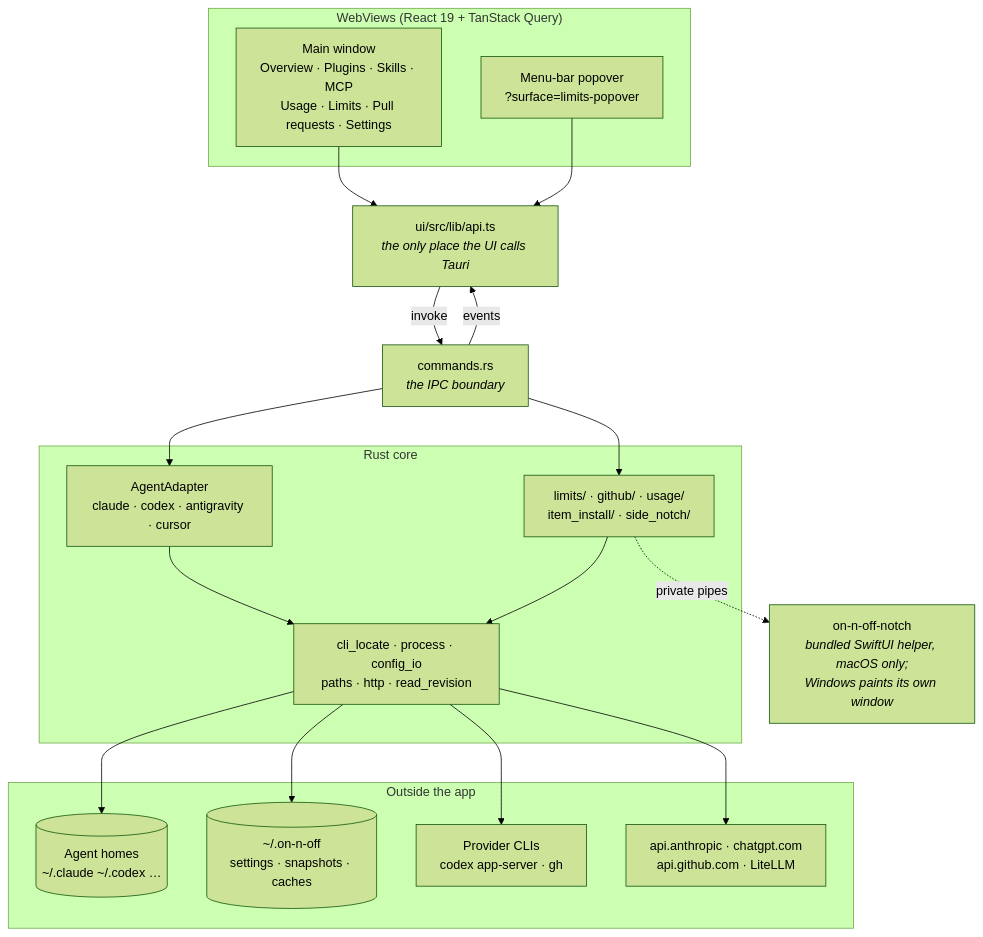
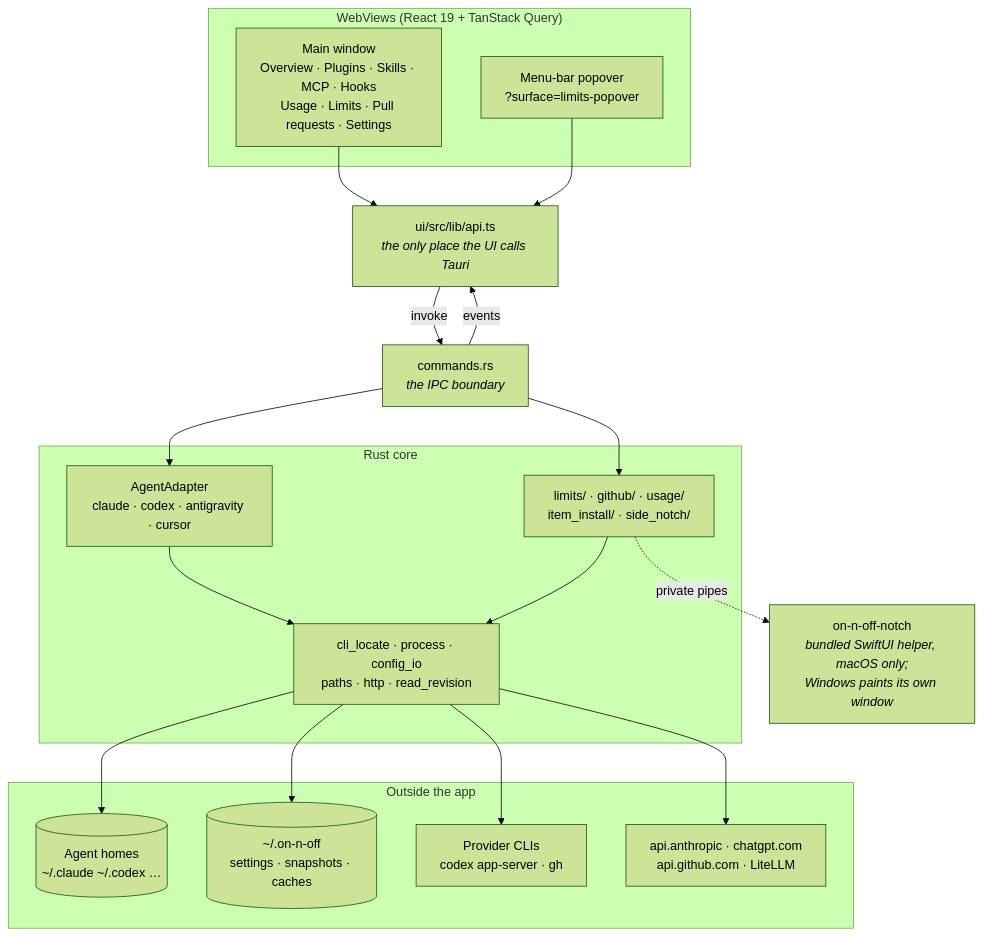
Before and after one commit to giostriquer/on-n-off: the first of 3 diagrams in docs/architecture/README.md, drawn with Mermaid (forest theme). The commit also changed other lines of this file and 48 other files, not shown here.

````diff
--- a/docs/architecture/README.md
+++ b/docs/architecture/README.md
@@ -23,39 +24,39 @@
 ```mermaid
 flowchart TB
     subgraph webviews["WebViews (React 19 + TanStack Query)"]
-        main["Main window<br/>Overview · Plugins · Skills · MCP<br/>Usage · Limits · Pull requests · Settings"]
+        main["Main window<br/>Overview · Plugins · Skills · MCP · Hooks<br/>Usage · Limits · Pull requests · Settings"]
         popover["Menu-bar popover<br/>?surface=limits-popover"]
     end
 
     api["ui/src/lib/api.ts<br/><i>the only place the UI calls Tauri</i>"]
     cmds["commands.rs<br/><i>the IPC boundary</i>"]
 
     subgraph core["Rust core"]
         adapters["AgentAdapter<br/>claude · codex · antigravity · cursor"]
         features["limits/ · github/ · usage/<br/>item_install/ · side_notch/"]
         plumbing["cli_locate · process · config_io<br/>paths · http · read_revision"]
     end
 
     subgraph outside["Outside the app"]
         homes[("Agent homes<br/>~/.claude ~/.codex …")]
         own[("~/.on-n-off<br/>settings · snapshots · caches")]
         clis["Provider CLIs<br/>codex app-server · gh"]
         net["api.anthropic · chatgpt.com<br/>api.github.com · LiteLLM"]
     end
 
     notch["on-n-off-notch<br/><i>bundled SwiftUI helper, macOS only;<br/>Windows paints its own window</i>"]
 
     main --> api
     popover --> api
     api -->|invoke| cmds
     cmds -->|events| api
     cmds --> adapters
     cmds --> features
     adapters --> plumbing
     features --> plumbing
     plumbing --> homes
     plumbing --> own
     plumbing --> clis
     plumbing --> net
     features -.->|private pipes| notch
 ```
````
